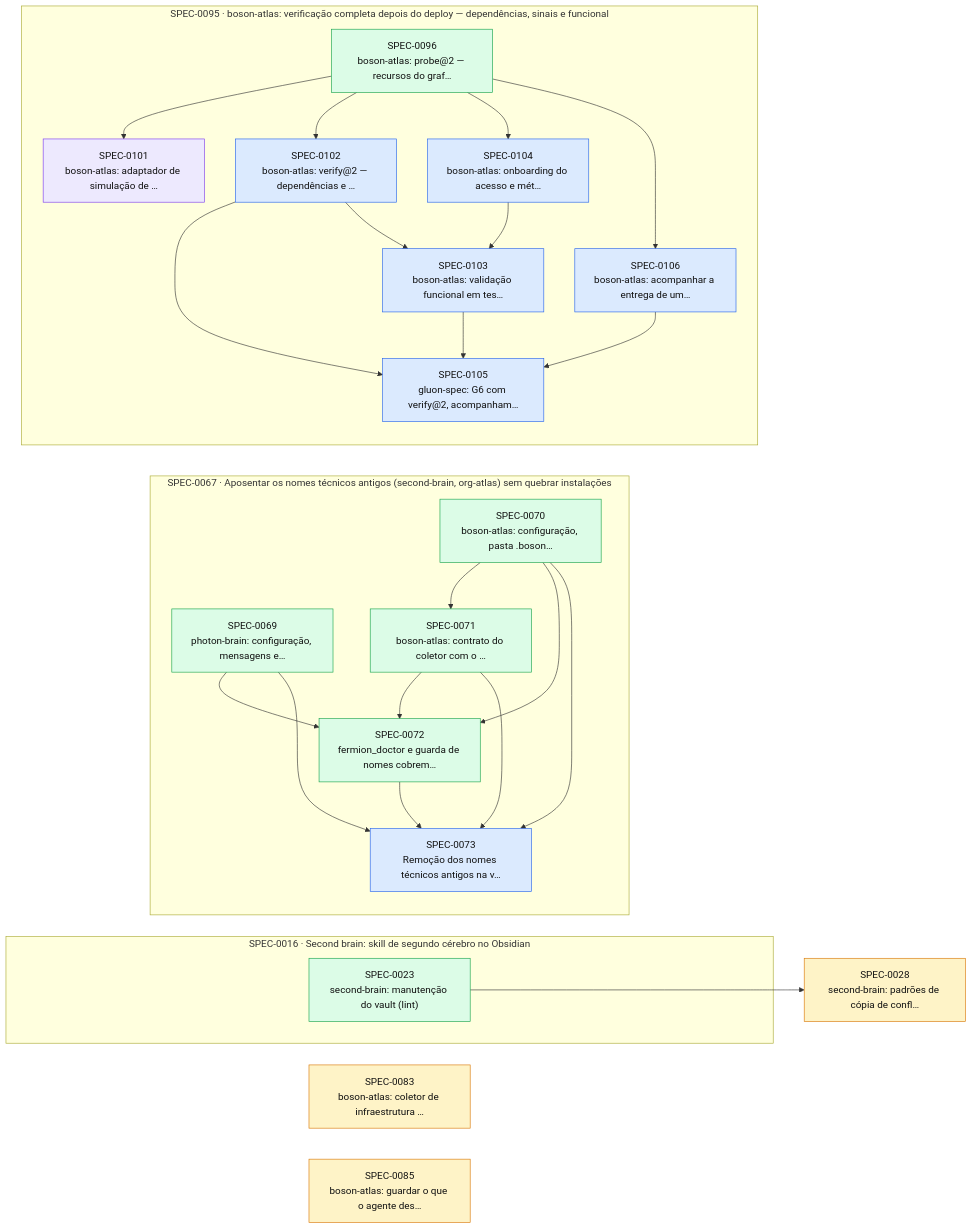
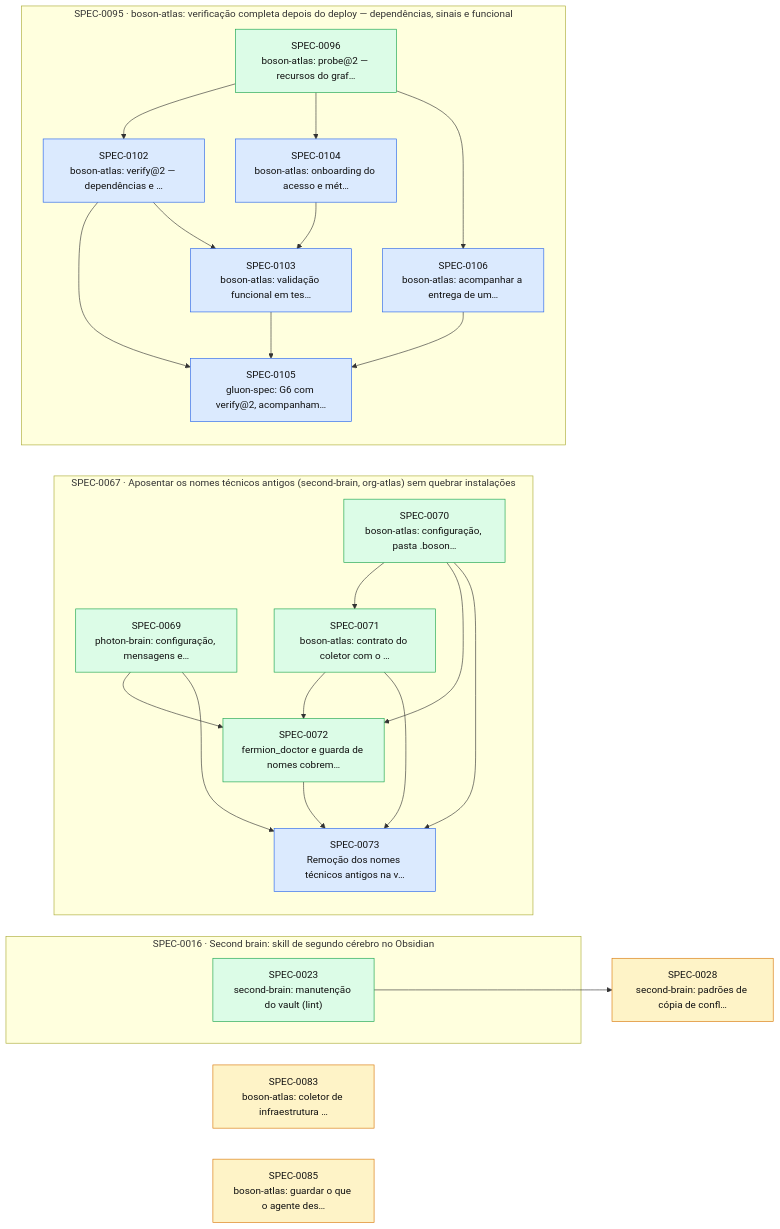
Before and after one commit to thomasravache/ai-dev-brain: the diagram in docs/specs/INDEX.md, drawn with Mermaid. The commit also changed other lines of this file and 1 other file, not shown here.

First line of the commit message:
docs(specs): G7 e fechamento da SPEC-0101

````diff
--- a/docs/specs/INDEX.md
+++ b/docs/specs/INDEX.md
@@ -71,48 +70,46 @@
 ```mermaid
 flowchart LR
   S0028["SPEC-0028<br/>second-brain: padrões de cópia de confl…"]:::proposed
   S0083["SPEC-0083<br/>boson-atlas: coletor de infraestrutura …"]:::proposed
   S0085["SPEC-0085<br/>boson-atlas: guardar o que o agente des…"]:::proposed
   subgraph E0016["SPEC-0016 · Second brain: skill de segundo cérebro no Obsidian"]
     S0023["SPEC-0023<br/>second-brain: manutenção do vault (lint)"]:::implemented
   end
   subgraph E0067["SPEC-0067 · Aposentar os nomes técnicos antigos (second-brain, org-atlas) sem quebrar instalações"]
     S0069["SPEC-0069<br/>photon-brain: configuração, mensagens e…"]:::implemented
     S0070["SPEC-0070<br/>boson-atlas: configuração, pasta .boson…"]:::implemented
     S0071["SPEC-0071<br/>boson-atlas: contrato do coletor com o …"]:::implemented
     S0072["SPEC-0072<br/>fermion_doctor e guarda de nomes cobrem…"]:::implemented
     S0073["SPEC-0073<br/>Remoção dos nomes técnicos antigos na v…"]:::approved
   end
   subgraph E0095["SPEC-0095 · boson-atlas: verificação completa depois do deploy — dependências, sinais e funcional"]
     S0096["SPEC-0096<br/>boson-atlas: probe@2 — recursos do graf…"]:::implemented
-    S0101["SPEC-0101<br/>boson-atlas: adaptador de simulação de …"]:::inprogress
     S0102["SPEC-0102<br/>boson-atlas: verify@2 — dependências e …"]:::approved
     S0103["SPEC-0103<br/>boson-atlas: validação funcional em tes…"]:::approved
     S0104["SPEC-0104<br/>boson-atlas: onboarding do acesso e mét…"]:::approved
     S0105["SPEC-0105<br/>gluon-spec: G6 com verify@2, acompanham…"]:::approved
     S0106["SPEC-0106<br/>boson-atlas: acompanhar a entrega de um…"]:::approved
   end
   S0023 --> S0028
   S0070 --> S0071
   S0069 --> S0072
   S0070 --> S0072
   S0071 --> S0072
   S0069 --> S0073
   S0070 --> S0073
   S0071 --> S0073
   S0072 --> S0073
-  S0096 --> S0101
   S0096 --> S0102
   S0102 --> S0103
   S0104 --> S0103
   S0096 --> S0104
   S0102 --> S0105
   S0103 --> S0105
   S0106 --> S0105
   S0096 --> S0106
   classDef proposed fill:#fef3c7,stroke:#d97706,color:#111
   classDef approved fill:#dbeafe,stroke:#2563eb,color:#111
   classDef inprogress fill:#ede9fe,stroke:#7c3aed,color:#111
   classDef implemented fill:#dcfce7,stroke:#16a34a,color:#111
   classDef deprecated fill:#f3f4f6,stroke:#9ca3af,color:#6b7280
 ```
````
